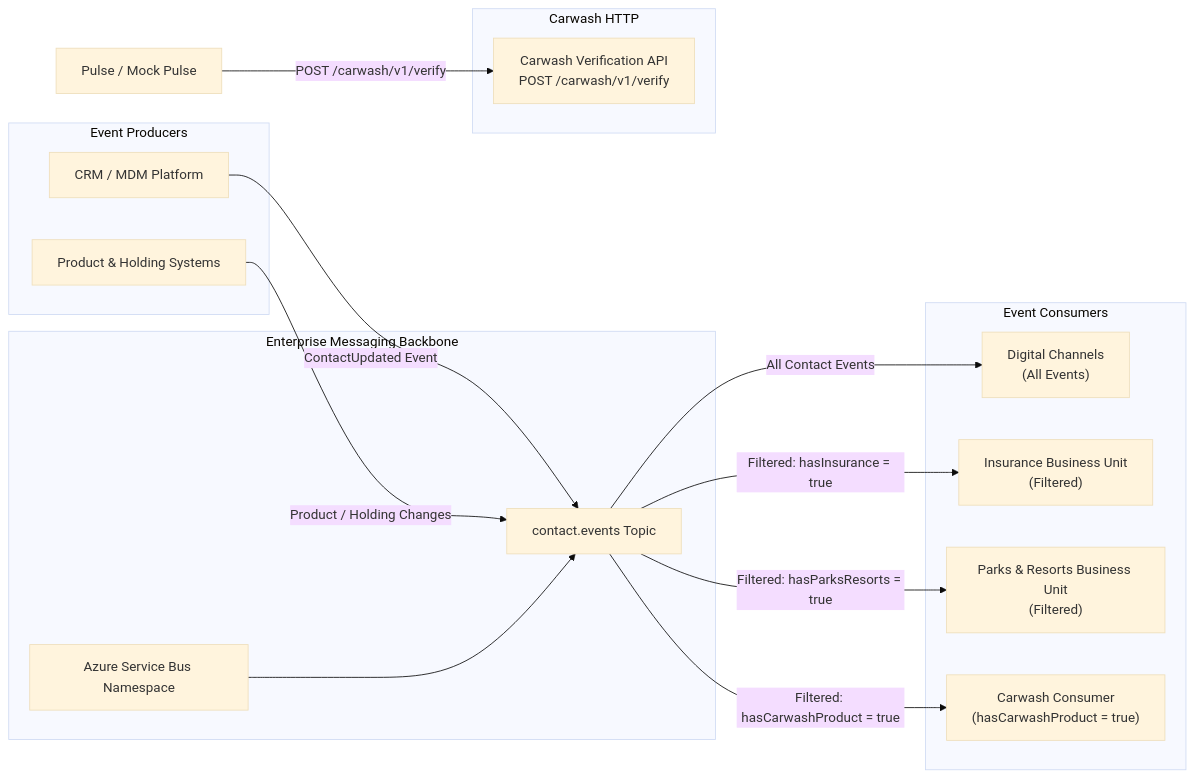
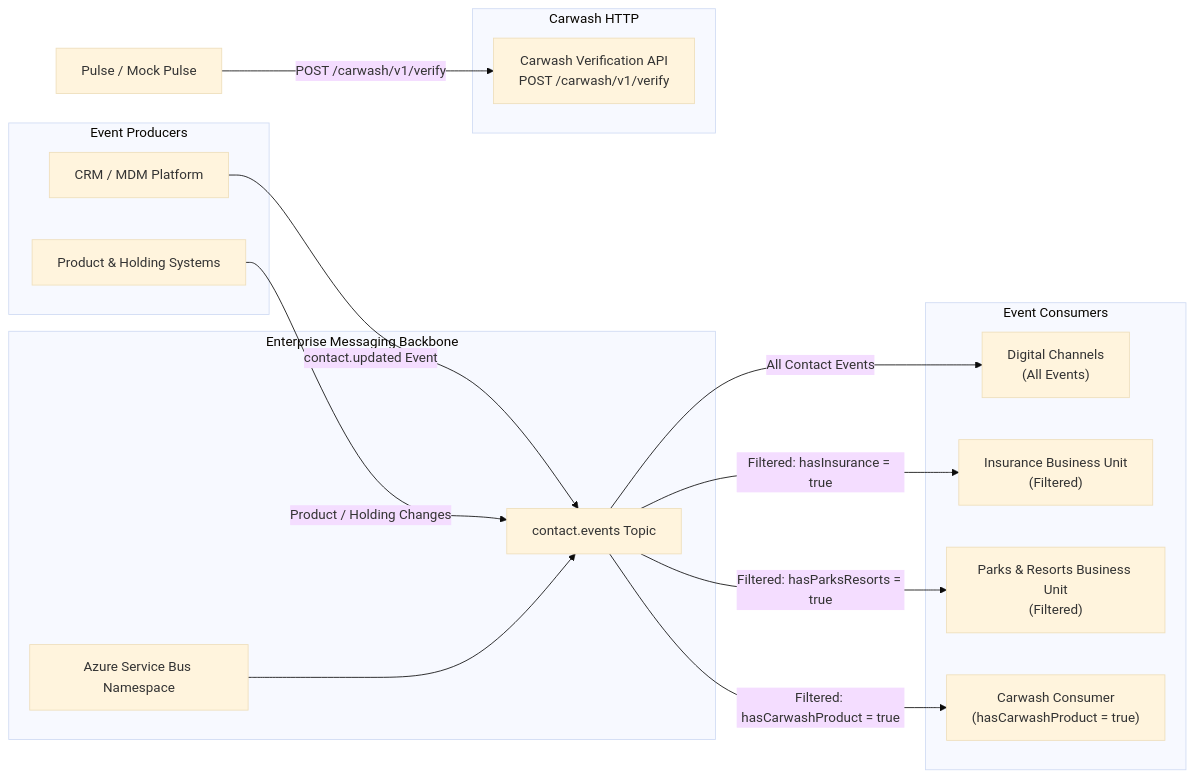
Before and after one commit to gregdave26/service-bus-poc: the diagram in docs/architecture/project-goal.md, drawn with Mermaid (base theme). The commit also changed other lines of this file and 29 other files, not shown here.

````diff
--- a/docs/architecture/project-goal.md
+++ b/docs/architecture/project-goal.md
@@ -5,35 +5,35 @@
 ```mermaid
 flowchart LR
     subgraph Producers["Event Producers"]
         CRM["CRM / MDM Platform"]
         ProductSys["Product & Holding Systems"]
     end
 
     subgraph Messaging["Enterprise Messaging Backbone"]
         SB["Azure Service Bus Namespace"]
         ContactTopic["contact.events Topic"]
     end
 
     subgraph Consumers["Event Consumers"]
         Digital["Digital Channels<br/>(All Events)"]
         Insurance["Insurance Business Unit<br/>(Filtered)"]
         Parks["Parks & Resorts Business Unit<br/>(Filtered)"]
         CarwashConsumer["Carwash Consumer<br/>(hasCarwashProduct = true)"]
     end
 
     subgraph CarwashHttp["Carwash HTTP"]
         CarwashApi["Carwash Verification API<br/>POST /carwash/v1/verify"]
     end
 
-    CRM -->|"ContactUpdated Event"| ContactTopic
+    CRM -->|"contact.updated Event"| ContactTopic
     ProductSys -->|"Product / Holding Changes"| ContactTopic
 
     SB --> ContactTopic
 
     ContactTopic -->|"All Contact Events"| Digital
     ContactTopic -->|"Filtered: hasInsurance = true"| Insurance
     ContactTopic -->|"Filtered: hasParksResorts = true"| Parks
     ContactTopic -->|"Filtered: hasCarwashProduct = true"| CarwashConsumer
 
     Pulse["Pulse / Mock Pulse"] -->|"POST /carwash/v1/verify"| CarwashApi
 ```
````
